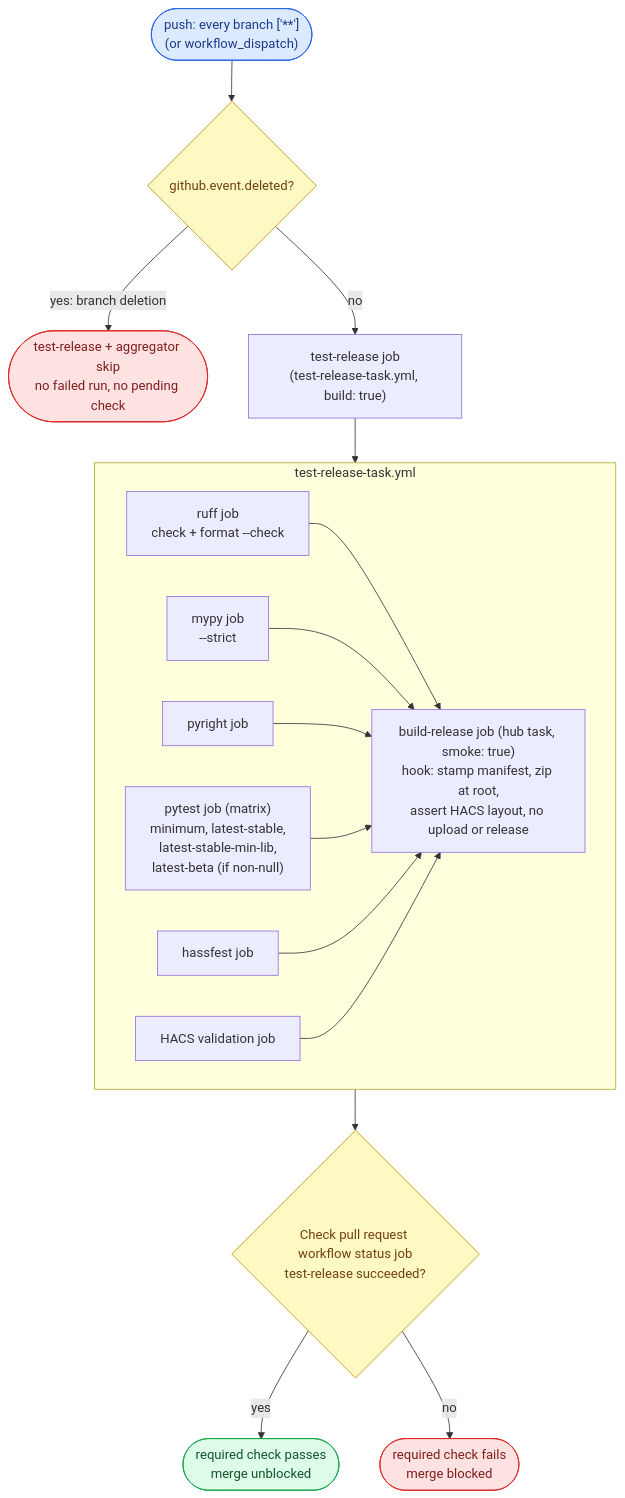
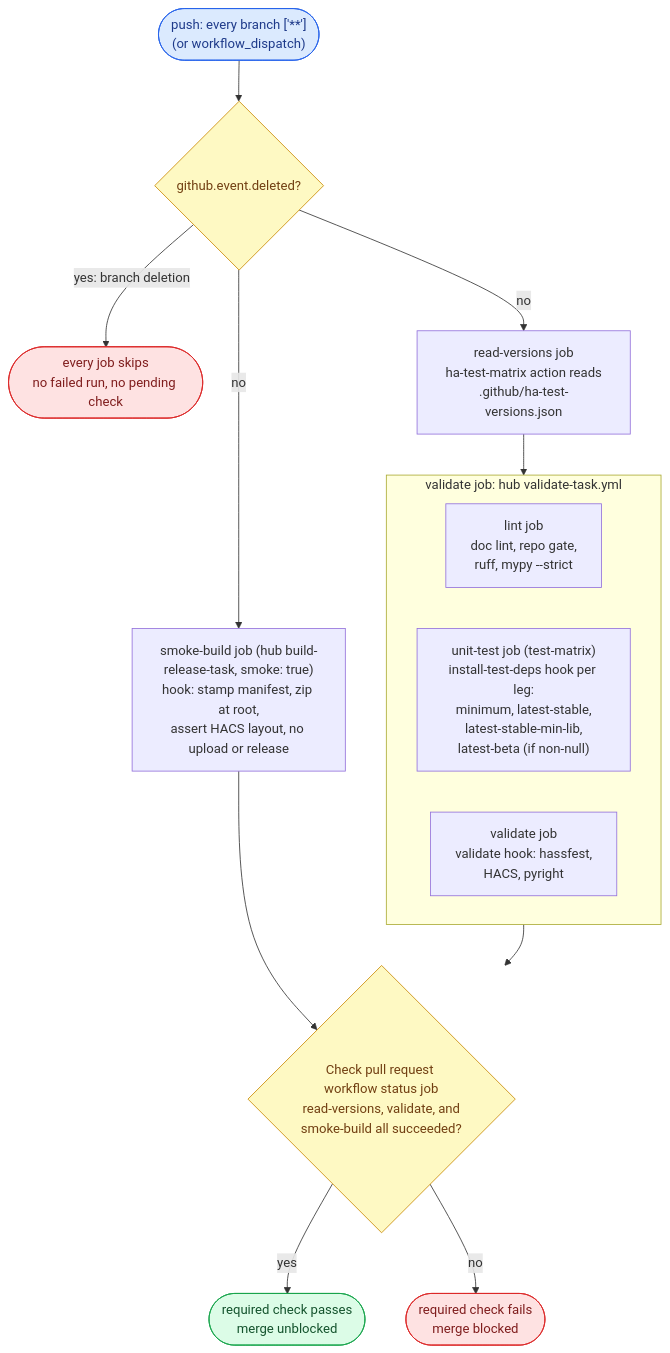
Before and after one commit to ptr727/homeassistant-purpleair: the first of 4 diagrams in WORKFLOW.md, drawn with Mermaid. The commit also changed other lines of this file and 11 other files, not shown here.

First line of the commit message:
Adopt the hub validation gate

````diff
--- a/WORKFLOW.md
+++ b/WORKFLOW.md
@@ -264,30 +283,22 @@
 ```mermaid
 flowchart TD
     T(["push: every branch ['**']<br/>(or workflow_dispatch)"]):::trig
     T --> D{"github.event.deleted?"}:::gate
-    D -- "yes: branch deletion" --> X(["test-release + aggregator skip<br/>no failed run, no pending check"]):::stop
-    D -- "no" --> TR["test-release job<br/>(test-release-task.yml, build: true)"]
-    subgraph TRT ["test-release-task.yml"]
-        RF["ruff job<br/>check + format --check"]
-        MY["mypy job<br/>--strict"]
-        PY["pyright job"]
-        PT["pytest job (matrix)<br/>minimum, latest-stable,<br/>latest-stable-min-lib,<br/>latest-beta (if non-null)"]
-        HF["hassfest job"]
-        HC["HACS validation job"]
-        BR["build-release job (hub task, smoke: true)<br/>hook: stamp manifest, zip at root,<br/>assert HACS layout, no upload or release"]
-        RF --> BR
-        MY --> BR
-        PY --> BR
-        PT --> BR
-        HF --> BR
-        HC --> BR
+    D -- "yes: branch deletion" --> X(["every job skips<br/>no failed run, no pending check"]):::stop
+    D -- "no" --> RV["read-versions job<br/>ha-test-matrix action reads<br/>.github/ha-test-versions.json"]
+    D -- "no" --> SB["smoke-build job (hub build-release-task, smoke: true)<br/>hook: stamp manifest, zip at root,<br/>assert HACS layout, no upload or release"]
+    RV --> VT
+    subgraph VT ["validate job: hub validate-task.yml"]
+        LT["lint job<br/>doc lint, repo gate,<br/>ruff, mypy --strict"]
+        UT["unit-test job (test-matrix)<br/>install-test-deps hook per leg:<br/>minimum, latest-stable,<br/>latest-stable-min-lib,<br/>latest-beta (if non-null)"]
+        VH["validate job<br/>validate hook: hassfest,<br/>HACS, pyright"]
     end
-    TR --> TRT
-    TRT --> A{"Check pull request workflow status job<br/>test-release succeeded?"}:::gate
+    VT --> A{"Check pull request workflow status job<br/>read-versions, validate, and<br/>smoke-build all succeeded?"}:::gate
+    SB --> A
     A -- "yes" --> G(["required check passes<br/>merge unblocked"]):::pub
     A -- "no" --> R(["required check fails<br/>merge blocked"]):::stop
     classDef trig fill:#dbeafe,stroke:#2563eb,color:#1e3a8a
     classDef gate fill:#fef9c3,stroke:#ca8a04,color:#713f12
     classDef pub fill:#dcfce7,stroke:#16a34a,color:#14532d
     classDef stop fill:#fee2e2,stroke:#dc2626,color:#7f1d1d
 ```
````
